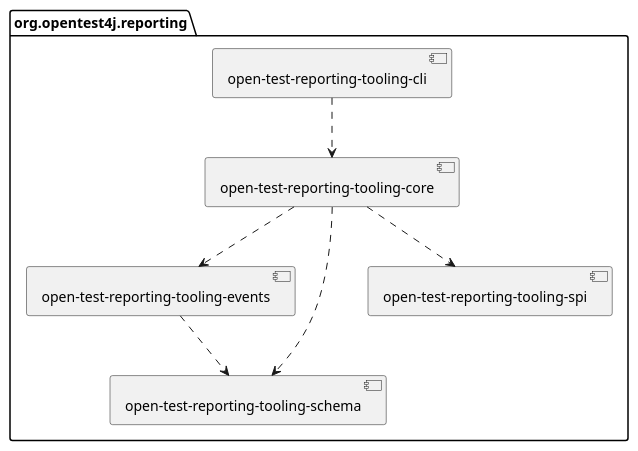
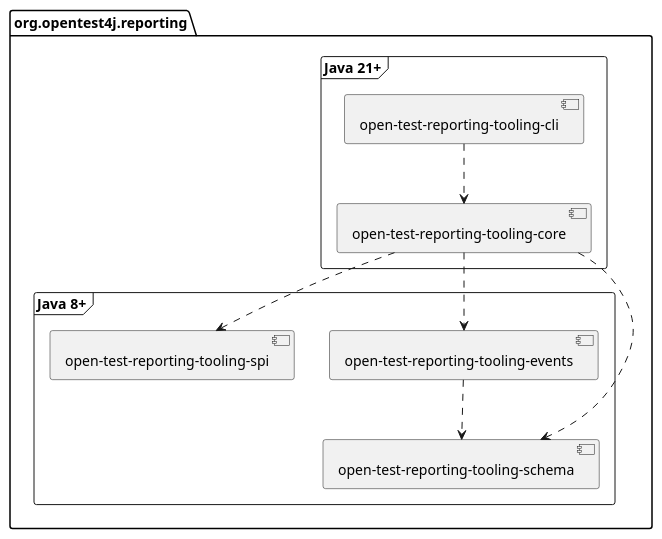
The diagram in documentation/component-diagram.puml (ota4j-team/open-test-reporting), drawn with PlantUML before and after one commit.

Commit message:
Add frames for Java version requirements

```diff
--- a/documentation/component-diagram.puml
+++ b/documentation/component-diagram.puml
@@ -1,23 +1,27 @@
 @startuml
 
 skinparam {
     defaultFontName sans-serif
 }
 
 package org.opentest4j.reporting {
-    [open-test-reporting-tooling-cli] as cli
-    [open-test-reporting-tooling-events] as events
-    [open-test-reporting-tooling-schema] as schema
-    [open-test-reporting-tooling-core] as tooling_core
-    [open-test-reporting-tooling-spi] as tooling_spi
+    frame "Java 21+" {
+        [open-test-reporting-tooling-cli] as cli
+        [open-test-reporting-tooling-core] as tooling_core
+    }
+    frame "Java 8+" {
+        [open-test-reporting-tooling-events] as events
+        [open-test-reporting-tooling-schema] as schema
+        [open-test-reporting-tooling-spi] as tooling_spi
+    }
 }
 
 cli ..> tooling_core
 
 events ..> schema
 
 tooling_core ..> schema
 tooling_core ..> events
 tooling_core ..> tooling_spi
 
 @enduml
```
